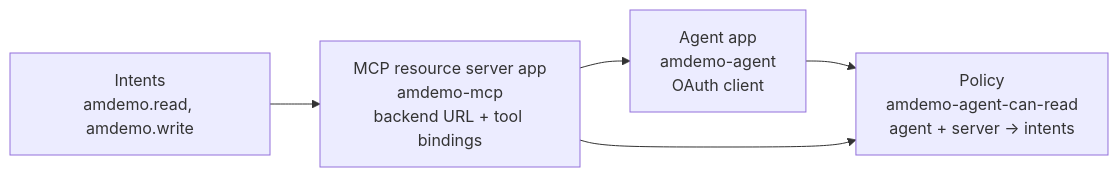
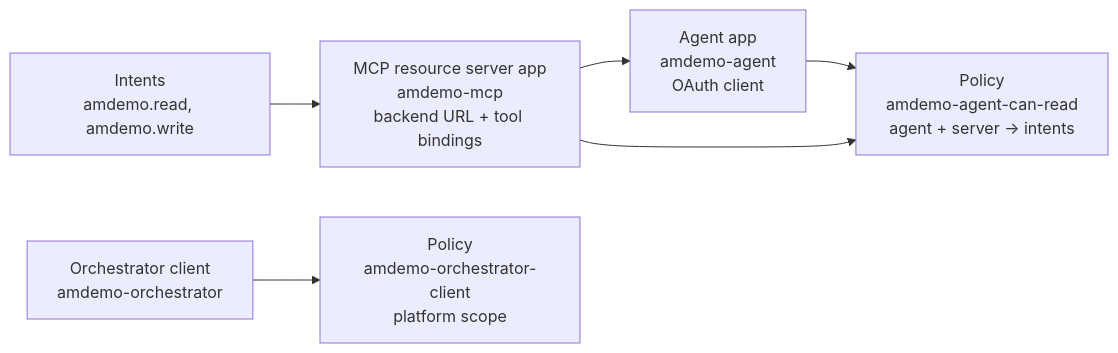
The second of 3 diagrams in docs/how-agentminder-works.md (warroyo/agentminder-ansible-demo), drawn with Mermaid before and after one commit. The commit also changed other lines of this file and 13 other files, not shown here.

````diff
--- a/docs/how-agentminder-works.md
+++ b/docs/how-agentminder-works.md
@@ -74,7 +81,8 @@
 ```mermaid
 flowchart LR
   intents["Intents<br/>amdemo.read, amdemo.write"] --> rs["MCP resource server app<br/>amdemo-mcp<br/>backend URL + tool bindings"]
   rs --> agentapp["Agent app<br/>amdemo-agent<br/>OAuth client"]
   agentapp --> policy["Policy<br/>amdemo-agent-can-read<br/>agent + server -> intents"]
   rs --> policy
+  orch["Orchestrator client<br/>amdemo-orchestrator"] --> orchpol["Policy<br/>amdemo-orchestrator-client<br/>platform scope"]
 ```
````
